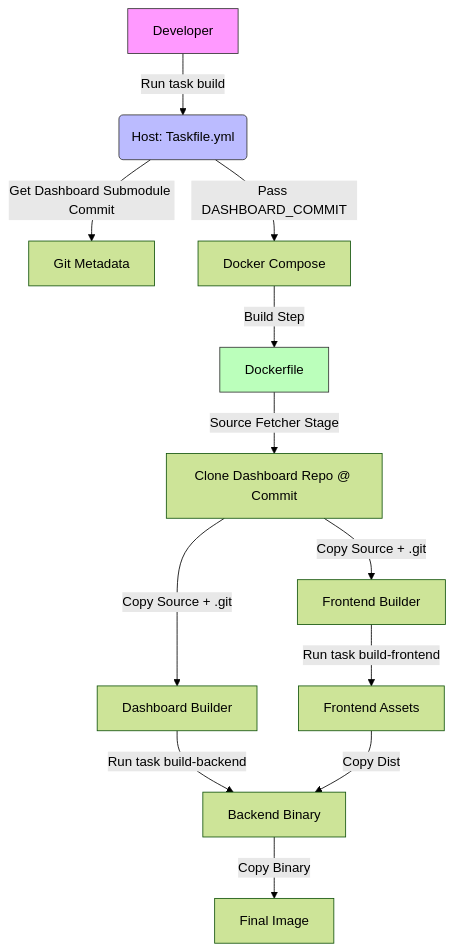
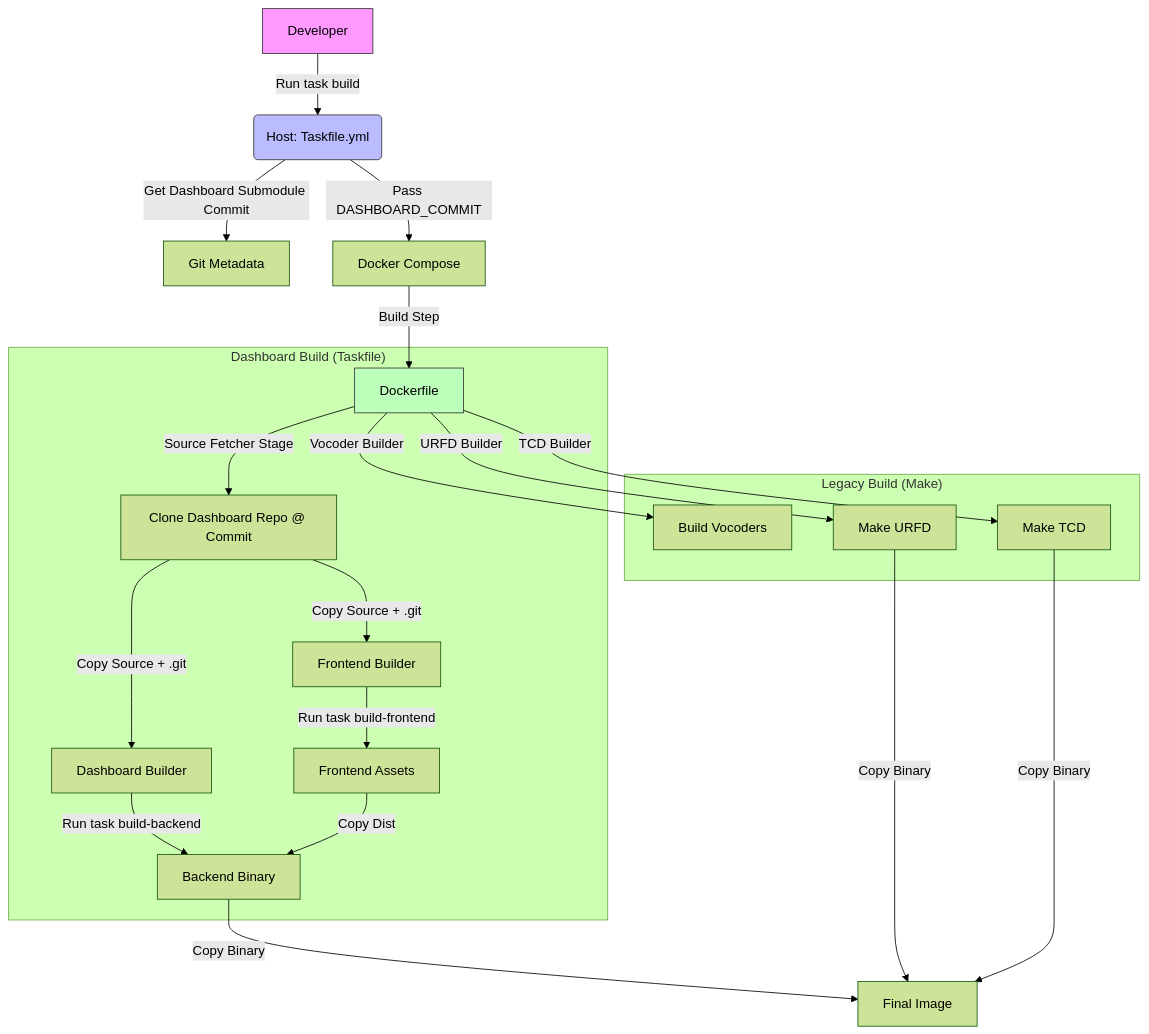
One commit to dbehnke/urfd-docker changed the diagram in README.md. Above: the diagram before and after it, drawn with Mermaid (forest theme). The commit also changed other lines of this file, not shown here.

Commit message:
docs: Clarify urfd/tcd build method and update diagram

````diff
--- a/README.md
+++ b/README.md
@@ -62,17 +62,30 @@
 ```mermaid
 graph TD
     A[Developer] -->|Run task build| B(Host: Taskfile.yml)
     B -->|Get Dashboard Submodule Commit| C[Git Metadata]
     B -->|Pass DASHBOARD_COMMIT| D[Docker Compose]
     D -->|Build Step| E[Dockerfile]
+
+    subgraph "Dashboard Build (Taskfile)"
     E -->|Source Fetcher Stage| F[Clone Dashboard Repo @ Commit]
     F -->|Copy Source + .git| G[Frontend Builder]
     F -->|Copy Source + .git| H[Dashboard Builder]
     G -->|Run task build-frontend| I[Frontend Assets]
     H -->|Run task build-backend| J[Backend Binary]
     I -->|Copy Dist| J
+    end
+
+    subgraph "Legacy Build (Make)"
+    E -->|Vocoder Builder| L[Build Vocoders]
+    E -->|URFD Builder| M[Make URFD]
+    E -->|TCD Builder| N[Make TCD]
+    end
+
     J -->|Copy Binary| K[Final Image]
+    M -->|Copy Binary| K
+    N -->|Copy Binary| K
+
     style A fill:#f9f,stroke:#333
     style B fill:#bbf,stroke:#333
     style E fill:#bfb,stroke:#333
 ```
````
